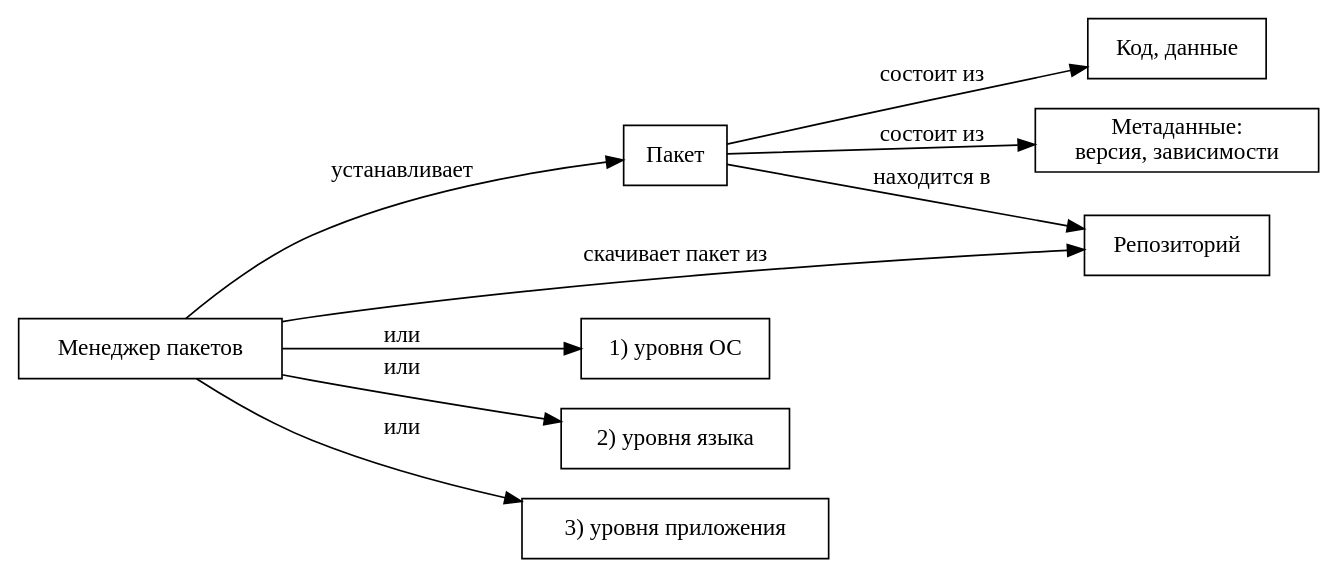
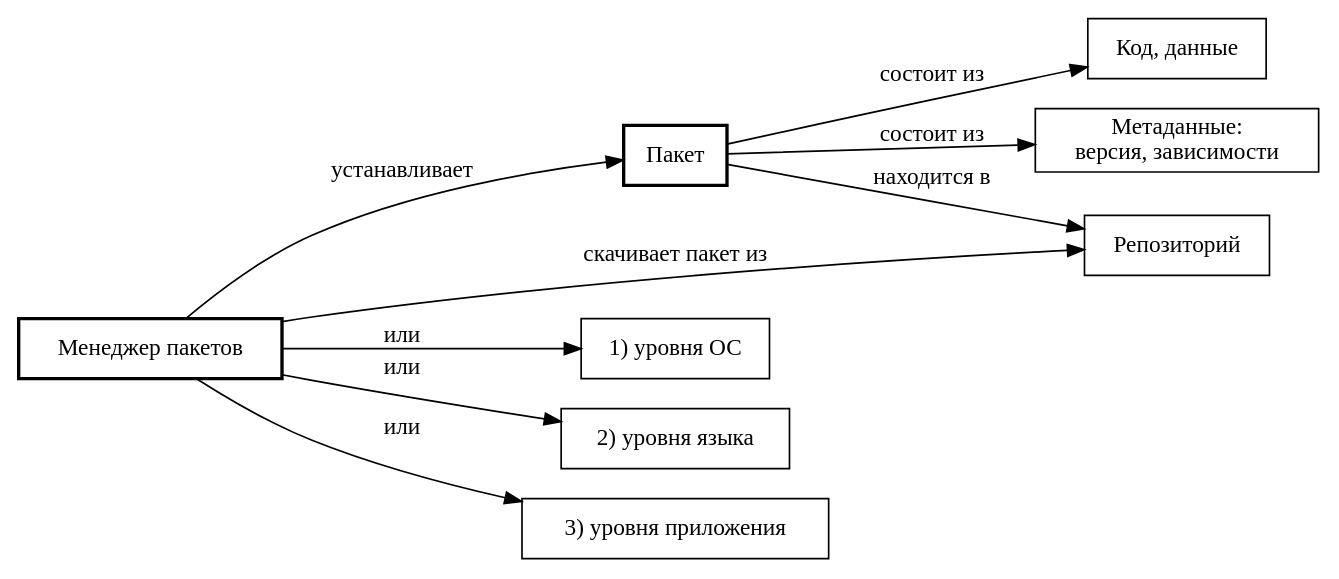
The diagram in slides/lect3.md (true-grue/kisscm), drawn with Graphviz before and after one commit. The commit also changed other lines of this file and 2 other files, not shown here.

````diff
--- a/slides/lect3.md
+++ b/slides/lect3.md
@@ -21,14 +21,16 @@
 ```graphviz
 digraph {
     rankdir=LR
     node [shape=box]
+    "Менеджер пакетов" [style=bold]
+    Пакет [style=bold]
     Пакет -> "Код, данные" [label="состоит из"]
     Пакет -> "Метаданные:\nверсия, зависимости" [label="состоит из"]
     "Менеджер пакетов" -> Пакет [label="устанавливает"]
     Пакет -> Репозиторий [label="находится в"]
     "Менеджер пакетов" -> Репозиторий [label="скачивает пакет из"]
     "Менеджер пакетов" -> "1) уровня ОС" [label="или"]
     "Менеджер пакетов" -> "2) уровня языка" [label="или"]
     "Менеджер пакетов" -> "3) уровня приложения" [label="или"]
 }
 ```
````
